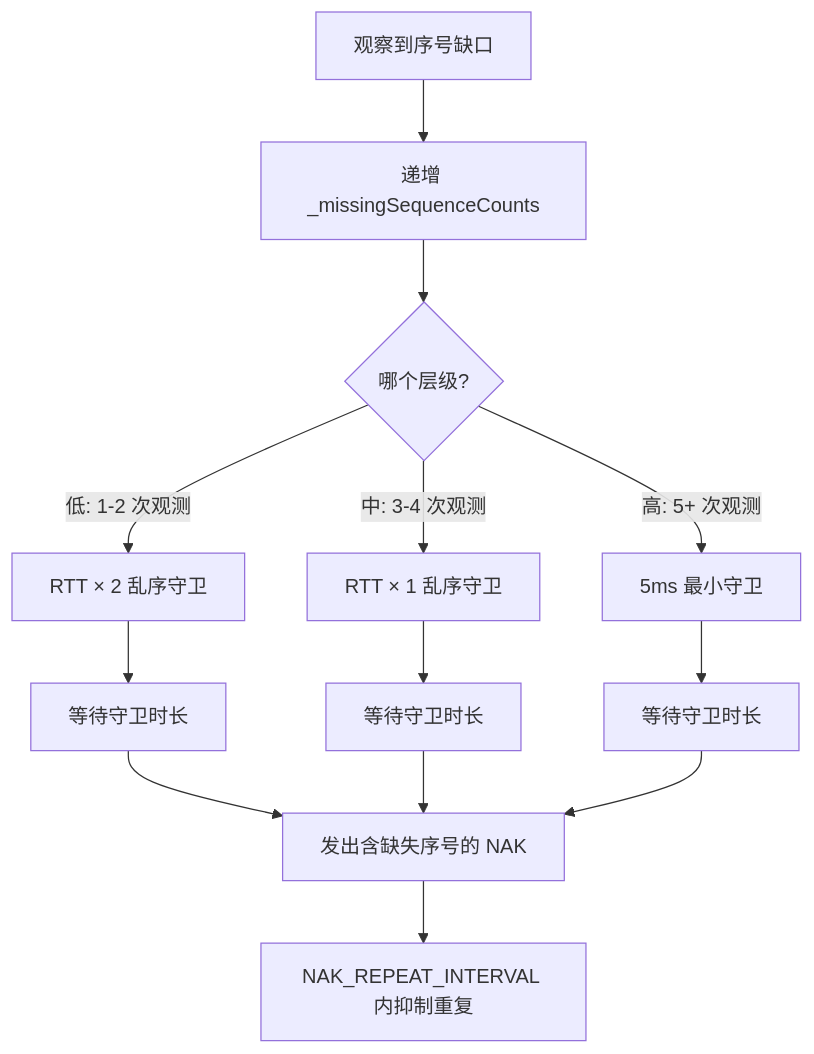
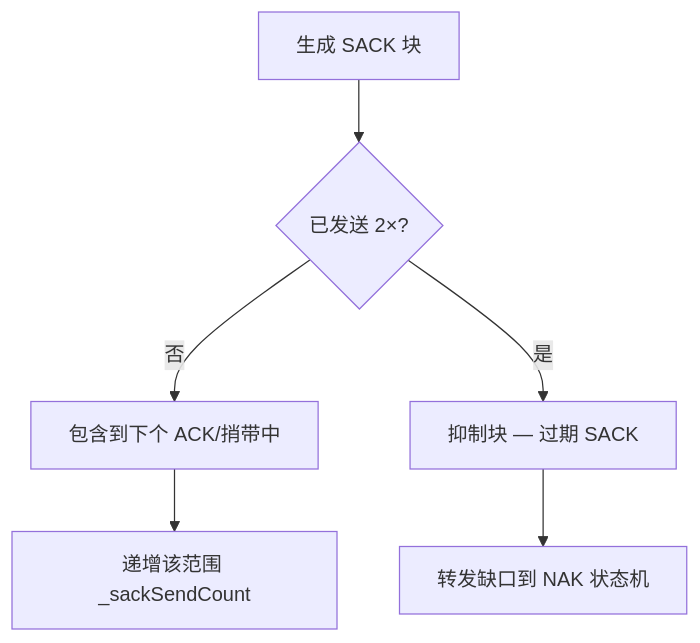
Before and after one commit to liulilittle/ucp: the third of 7 diagrams in docs/protocol_CN.md, drawn with Mermaid. The commit also changed other lines of this file and 17 other files, not shown here.

````diff
--- a/docs/protocol_CN.md
+++ b/docs/protocol_CN.md
@@ -118,19 +139,8 @@
 ```mermaid
 flowchart TD
-    Gap[观察到序号缺口] --> Count[递增 _missingSequenceCounts]
-    Count --> Tier{哪个层级?}
-
-    Tier -->|低: 1-2 次观测| Guard1[RTT × 2 乱序守卫]
-    Tier -->|中: 3-4 次观测| Guard2[RTT × 1 乱序守卫]
-    Tier -->|高: 5+ 次观测| Guard3[5ms 最小守卫]
-
-    Guard1 --> Wait1[等待守卫时长]
-    Guard2 --> Wait2[等待守卫时长]
-    Guard3 --> Wait3[等待守卫时长]
-
-    Wait1 --> Emit[发出含缺失序号的 NAK]
-    Wait2 --> Emit
-    Wait3 --> Emit
-
-    Emit --> Suppress[NAK_REPEAT_INTERVAL 内抑制重复]
+    SackBlock[生成 SACK 块] --> Check{已发送 2×?}
+    Check -->|否| Send[包含到下个 ACK/捎带中]
+    Check -->|是| Suppress[抑制块 — 过期 SACK]
+    Send --> Increment[递增该范围 _sackSendCount]
+    Suppress --> Forward[转发缺口到 NAK 状态机]
 ```
````
